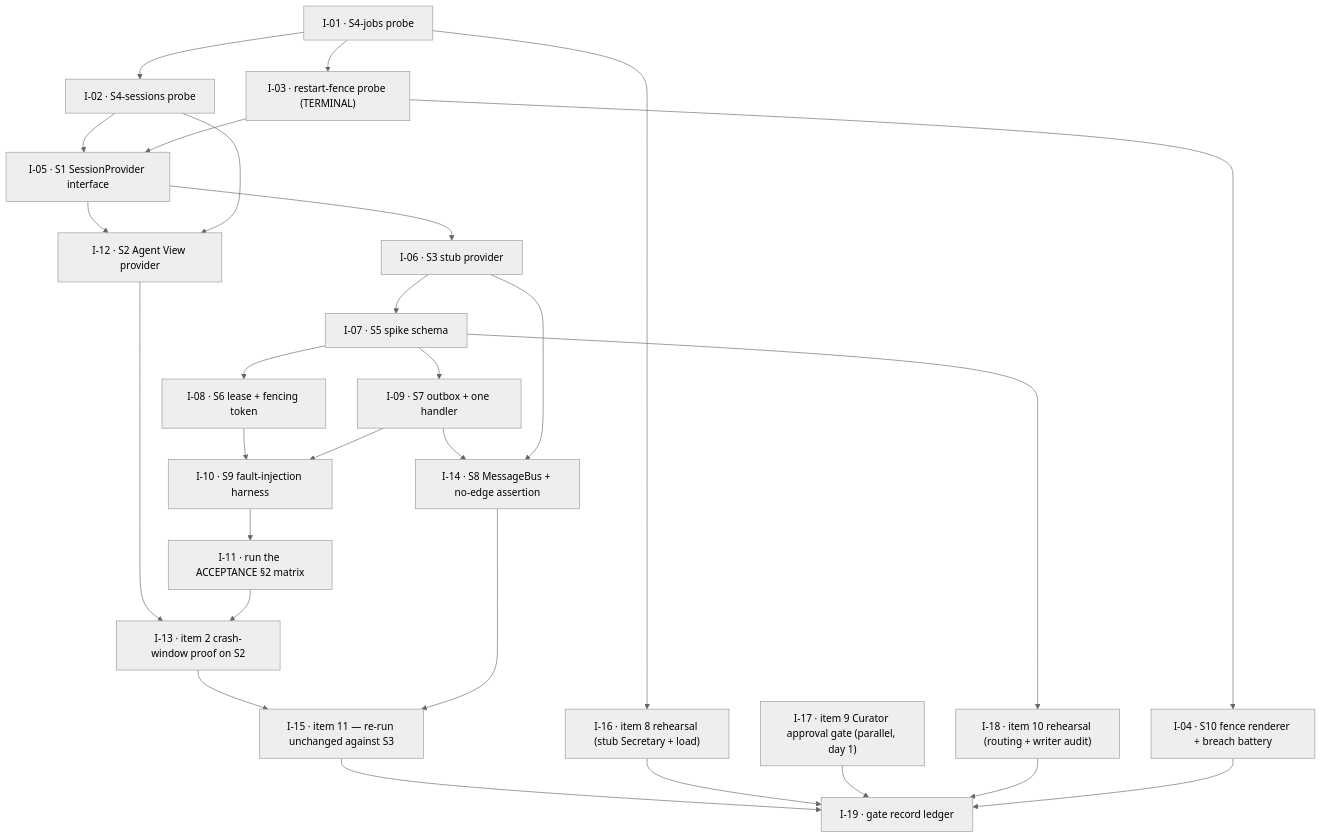
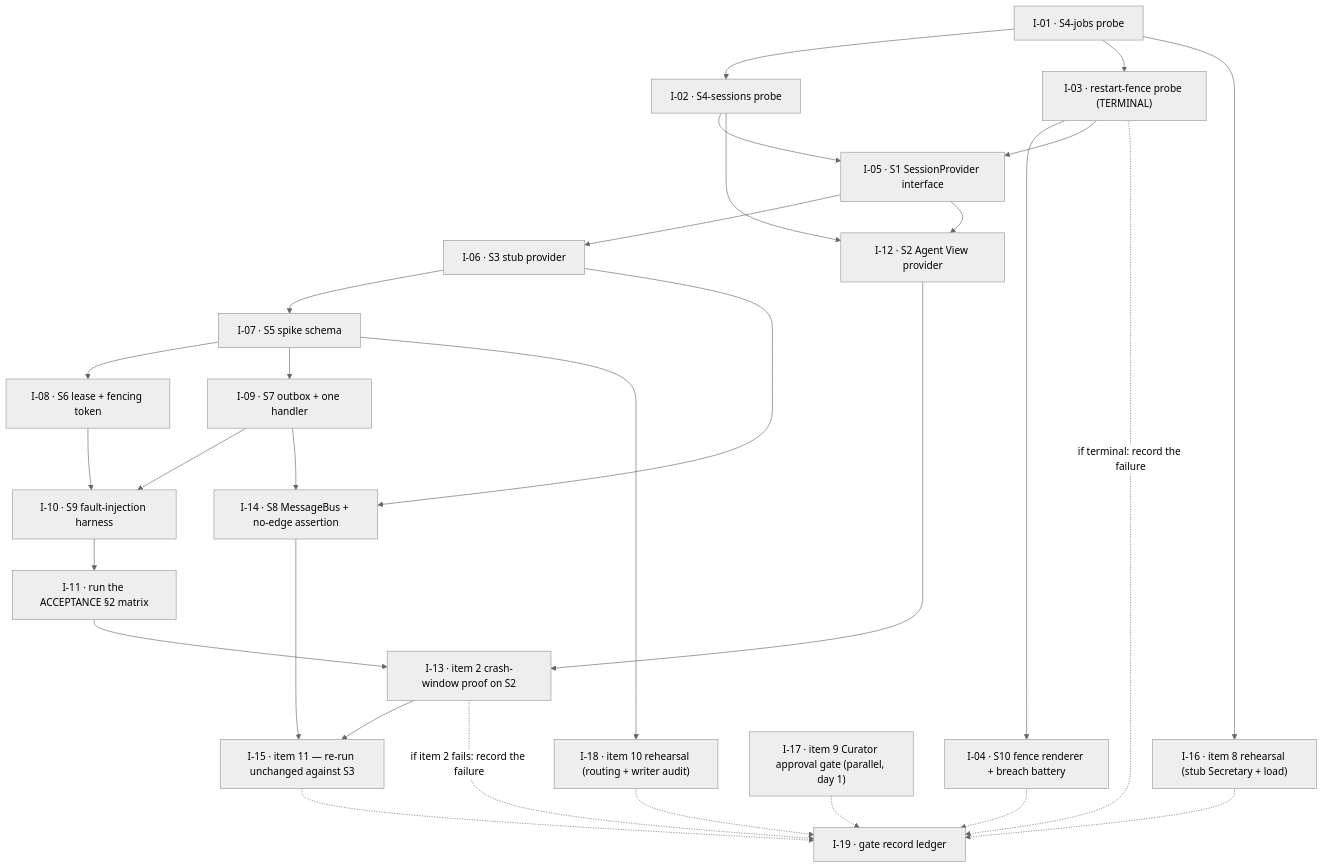
Before and after one commit to suisya-systems/interlock: the diagram in docs/plans/spike-issue-decomposition.md, drawn with Mermaid (neutral theme). The commit also changed other lines of this file, not shown here.

````diff
--- a/docs/plans/spike-issue-decomposition.md
+++ b/docs/plans/spike-issue-decomposition.md
@@ -70,31 +72,33 @@
 ```mermaid
 graph TD
   I01["I-01 · S4-jobs probe"] --> I02["I-02 · S4-sessions probe"]
   I01 --> I03["I-03 · restart-fence probe (TERMINAL)"]
   I03 --> I04["I-04 · S10 fence renderer + breach battery"]
   I02 --> I05["I-05 · S1 SessionProvider interface"]
   I03 --> I05
   I05 --> I06["I-06 · S3 stub provider"]
   I06 --> I07["I-07 · S5 spike schema"]
   I07 --> I08["I-08 · S6 lease + fencing token"]
   I07 --> I09["I-09 · S7 outbox + one handler"]
   I08 --> I10["I-10 · S9 fault-injection harness"]
   I09 --> I10
   I10 --> I11["I-11 · run the ACCEPTANCE §2 matrix"]
   I05 --> I12["I-12 · S2 Agent View provider"]
   I02 --> I12
   I12 --> I13["I-13 · item 2 crash-window proof on S2"]
   I11 --> I13
   I09 --> I14["I-14 · S8 MessageBus + no-edge assertion"]
   I06 --> I14
   I13 --> I15["I-15 · item 11 — re-run unchanged against S3"]
   I14 --> I15
   I01 --> I16["I-16 · item 8 rehearsal (stub Secretary + load)"]
   I17["I-17 · item 9 Curator approval gate (parallel, day 1)"]
   I07 --> I18["I-18 · item 10 rehearsal (routing + writer audit)"]
-  I15 --> I19["I-19 · gate record ledger"]
-  I16 --> I19
-  I17 --> I19
-  I18 --> I19
-  I04 --> I19
+  I15 -.-> I19["I-19 · gate record ledger"]
+  I16 -.-> I19
+  I17 -.-> I19
+  I18 -.-> I19
+  I04 -.-> I19
+  I03 -. "if terminal: record the failure" .-> I19
+  I13 -. "if item 2 fails: record the failure" .-> I19
 ```
````
